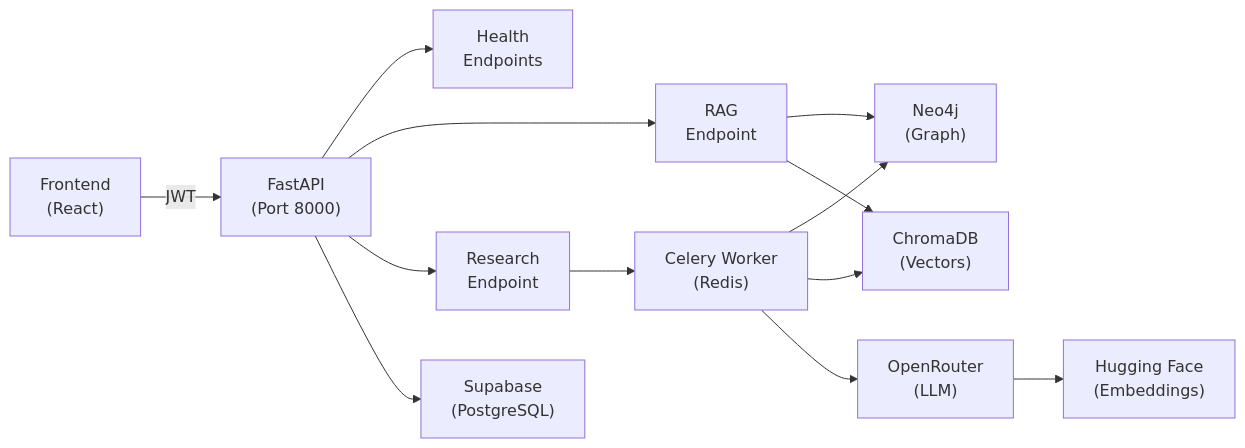
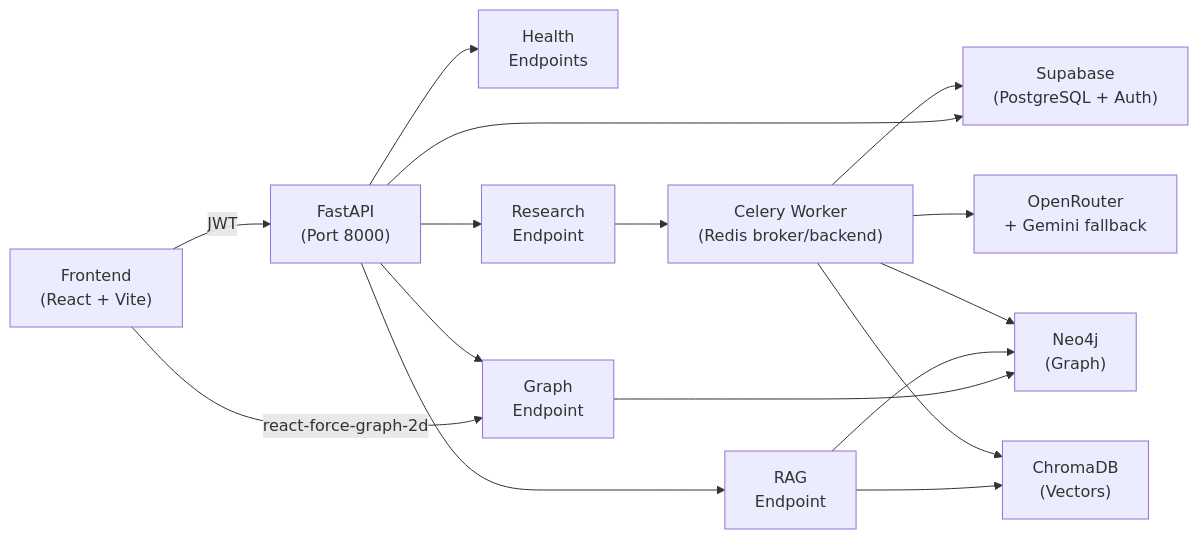
The second of 9 diagrams in README.md (Rahul-8283/AURA_Data_Driven), drawn with Mermaid before and after one commit. The commit also changed other lines of this file, not shown here.

````diff
--- a/README.md
+++ b/README.md
@@ -93,27 +119,30 @@
 ```mermaid
 graph LR
-    FE["Frontend<br/>(React)"]
+    FE["Frontend<br/>(React + Vite)"]
     API["FastAPI<br/>(Port 8000)"]
     Health["Health<br/>Endpoints"]
     RAG["RAG<br/>Endpoint"]
     Research["Research<br/>Endpoint"]
-    Celery["Celery Worker<br/>(Redis)"]
-    Supabase["Supabase<br/>(PostgreSQL)"]
+    Graph["Graph<br/>Endpoint"]
+    Celery["Celery Worker<br/>(Redis broker/backend)"]
+    Supabase["Supabase<br/>(PostgreSQL + Auth)"]
     Neo4j["Neo4j<br/>(Graph)"]
     Chroma["ChromaDB<br/>(Vectors)"]
-    LLM["OpenRouter<br/>(LLM)"]
-    HF["Hugging Face<br/>(Embeddings)"]
-    
+    LLM["OpenRouter<br/>+ Gemini fallback"]
+
     FE -->|JWT| API
     API --> Health
     API --> RAG
     API --> Research
+    API --> Graph
     Research --> Celery
     Celery --> Neo4j
     Celery --> Chroma
     Celery --> LLM
-    LLM --> HF
+    Celery --> Supabase
     API --> Supabase
     RAG --> Neo4j
     RAG --> Chroma
+    Graph --> Neo4j
+    FE -->|react-force-graph-2d| Graph
 ```
````
